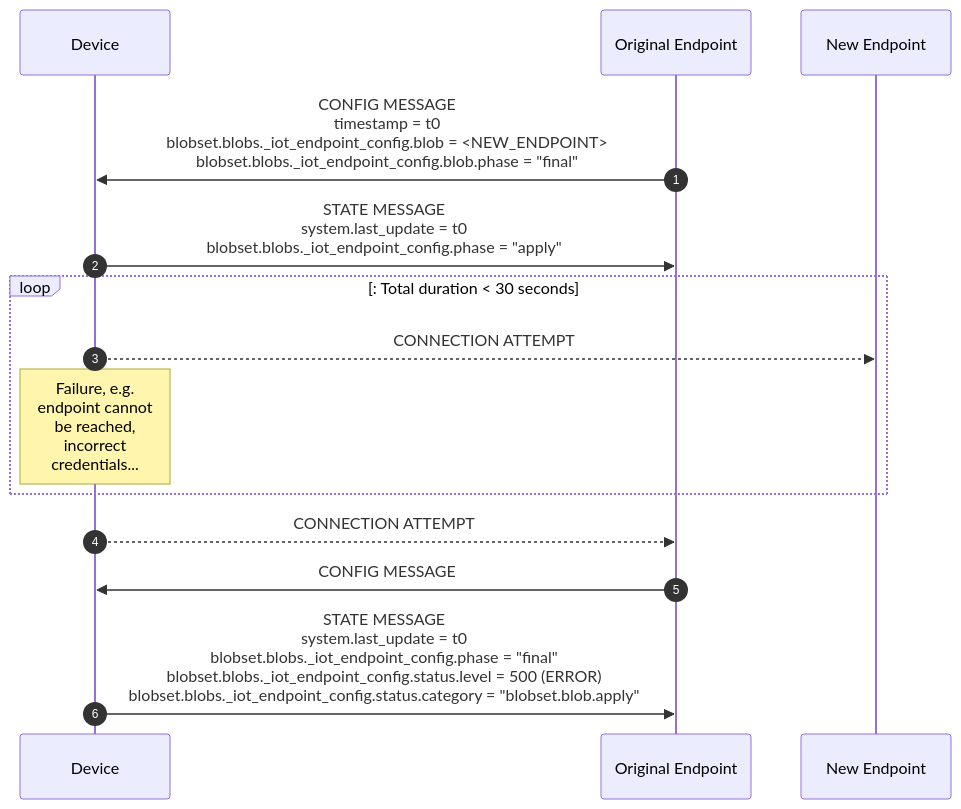
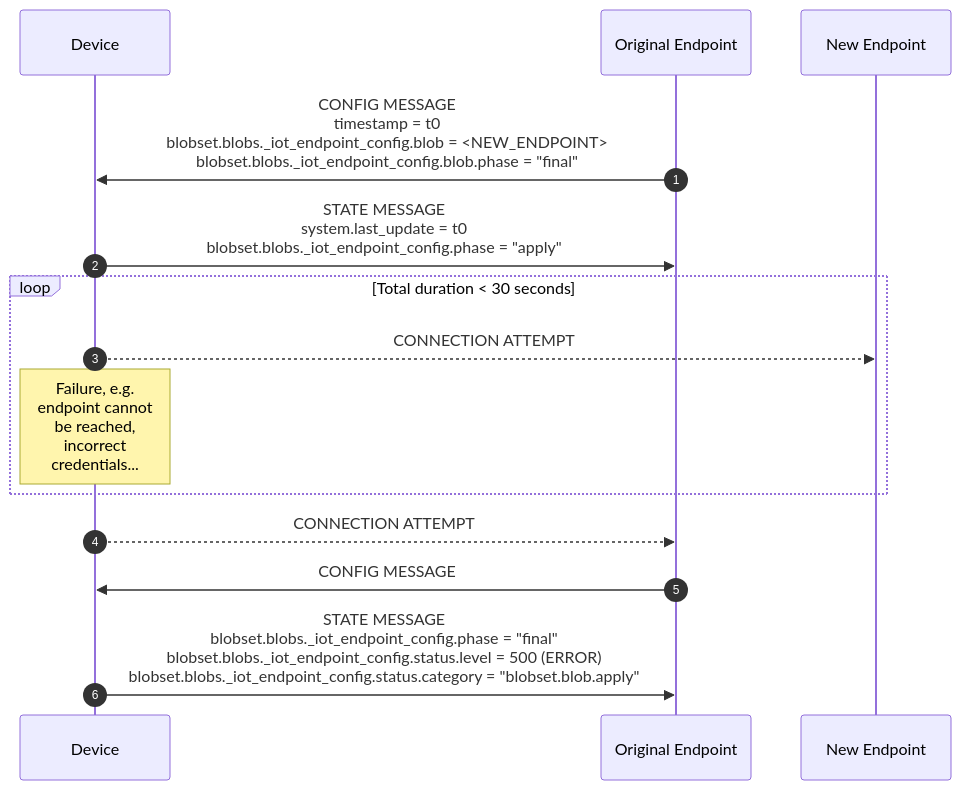
Before and after one commit to faucetsdn/udmi: the second of 2 diagrams in docs/specs/sequences/endpoint_reconfiguration.md, drawn with Mermaid. The commit also changed other lines of this file, not shown here.

````diff
--- a/docs/specs/sequences/endpoint_reconfiguration.md
+++ b/docs/specs/sequences/endpoint_reconfiguration.md
@@ -40,18 +40,18 @@
 ```mermaid
 %%{wrap}%%
 sequenceDiagram
     autonumber
     participant D as Device
     participant E as Original Endpoint
     participant E' as New Endpoint
     E->>D:CONFIG MESSAGE<br/>timestamp = t0<br/>blobset.blobs._iot_endpoint_config.blob = <NEW_ENDPOINT><br>blobset.blobs._iot_endpoint_config.blob.phase = "final"
     D->>E:STATE MESSAGE<br/>system.last_update = t0<br/>blobset.blobs._iot_endpoint_config.phase = "apply"
-    loop: Total duration < 30 seconds
+    loop Total duration < 30 seconds
     D-->>E':CONNECTION ATTEMPT
     note over D: Failure, e.g. endpoint cannot be reached, incorrect credentials...
     end
     D-->>E:CONNECTION ATTEMPT
     E->>D:CONFIG MESSAGE
-    D->>E:STATE MESSAGE<br/>system.last_update = t0 <br/>blobset.blobs._iot_endpoint_config.phase = "final"<br/>blobset.blobs._iot_endpoint_config.status.level = 500 (ERROR)<br/>blobset.blobs._iot_endpoint_config.status.category = "blobset.blob.apply"
+    D->>E:STATE MESSAGE<br/>blobset.blobs._iot_endpoint_config.phase = "final"<br/>blobset.blobs._iot_endpoint_config.status.level = 500 (ERROR)<br/>blobset.blobs._iot_endpoint_config.status.category = "blobset.blob.apply"
 
 ```
````
